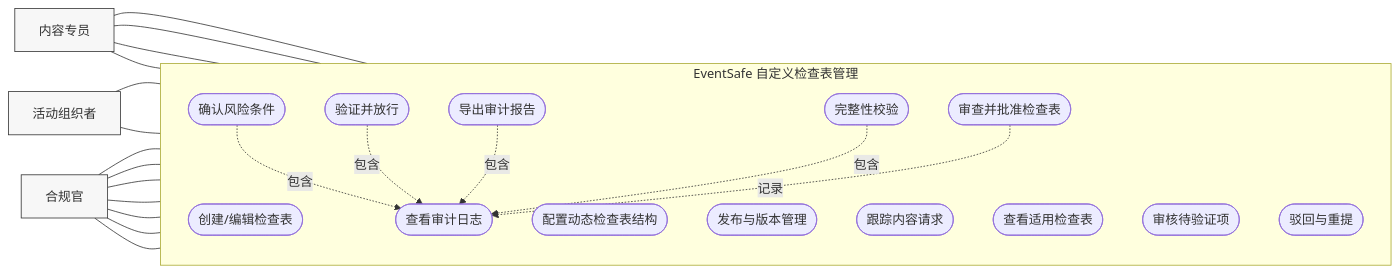
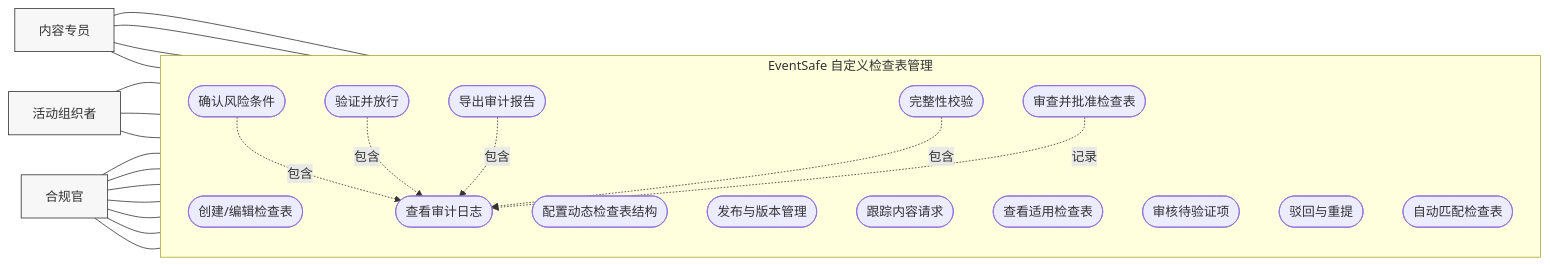
Before and after one commit to melvinchia3636/sd-ga-assets: the diagram in use-case.mmd, drawn with Mermaid. The commit also changed 1 other file, not shown here.

```diff
--- a/use-case.mmd
+++ b/use-case.mmd
@@ -1,44 +1,46 @@
 flowchart LR
   CS["内容专员"]
   CO["合规官"]
   EO["活动组织者"]
 
   subgraph SYS["EventSafe 自定义检查表管理"]
     direction TB
     UC1(["创建/编辑检查表"])
     UC2(["配置动态检查表结构"])
     UC3(["发布与版本管理"])
     UC4(["跟踪内容请求"])
     UC5(["查看适用检查表"])
     UC6(["确认风险条件"])
     UC7(["审核待验证项"])
     UC8(["验证并放行"])
     UC9(["驳回与重提"])
     UC10(["查看审计日志"])
     UC11(["导出审计报告"])
     UC12(["完整性校验"])
     UC13(["审查并批准检查表"])
+    UC14(["自动匹配检查表"])
   end
 
   CS --- UC1
   CS --- UC2
   CS --- UC3
   CS --- UC4
   EO --- UC5
   EO --- UC6
+  EO --- UC14
   CO --- UC7
   CO --- UC8
   CO --- UC9
   CO --- UC10
   CO --- UC11
   CO --- UC12
   CO --- UC13
 
   UC6 -.->|包含| UC10
   UC8 -.->|包含| UC10
   UC11 -.->|包含| UC10
   UC12 -.->|包含| UC10
   UC13 -.->|记录| UC10
 
   classDef actor fill:#f7f7f7,stroke:#333,stroke-width:1px
   class CS,CO,EO actor
```
